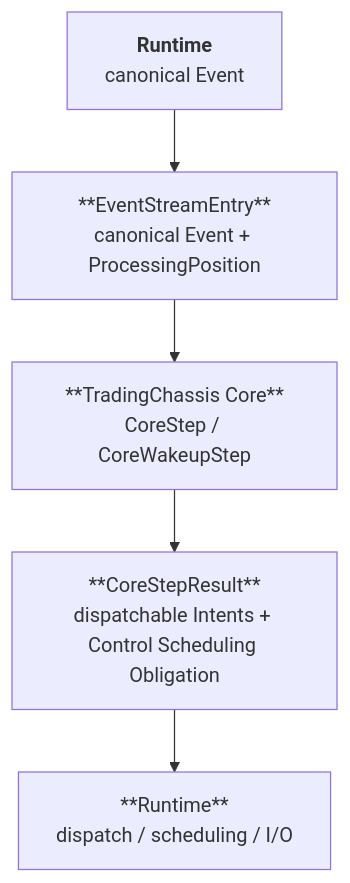
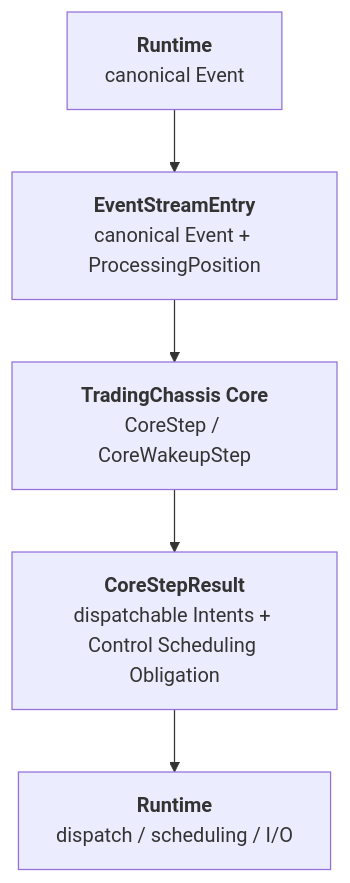
One commit to trading-engineering/trading-platform changed the diagram in README.md. Above: the diagram before and after it, drawn with Mermaid.

````diff
--- a/README.md
+++ b/README.md
@@ -129,7 +129,7 @@
 ```mermaid
 flowchart TB
-    R1["<b>Runtime</b><br/>canonical Event"] --> Entry["**EventStreamEntry**<br/>canonical Event + ProcessingPosition"]
-    Entry --> Core["**TradingChassis Core**<br/>CoreStep / CoreWakeupStep"]
-    Core --> Result["**CoreStepResult**<br/>dispatchable Intents + Control Scheduling Obligation"]
-    Result --> R2["**Runtime**<br/>dispatch / scheduling / I/O"]
+    R1["<b>Runtime</b><br/>canonical Event"] --> Entry["<b>EventStreamEntry</b><br/>canonical Event + ProcessingPosition"]
+    Entry --> Core["<b>TradingChassis Core</b><br/>CoreStep / CoreWakeupStep"]
+    Core --> Result["<b>CoreStepResult</b><br/>dispatchable Intents + Control Scheduling Obligation"]
+    Result --> R2["<b>Runtime</b><br/>dispatch / scheduling / I/O"]
 ```
````
